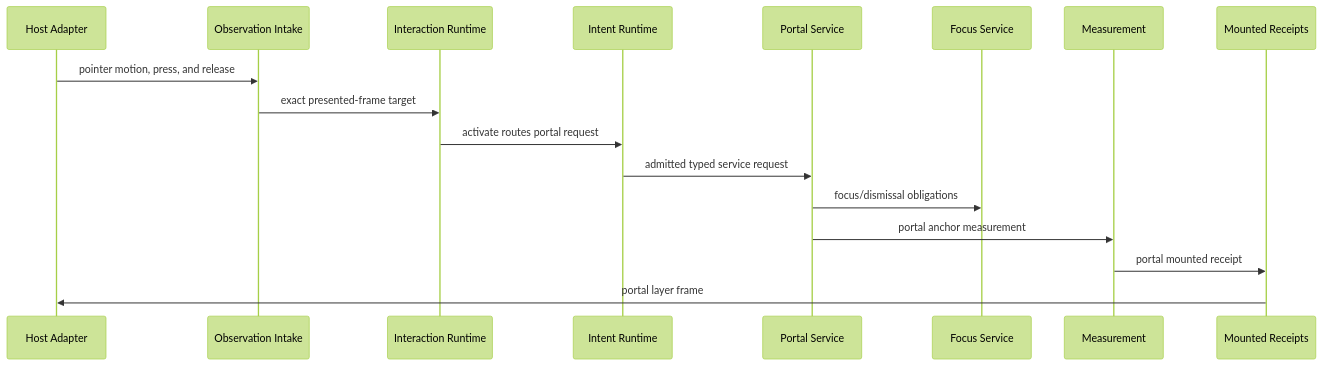
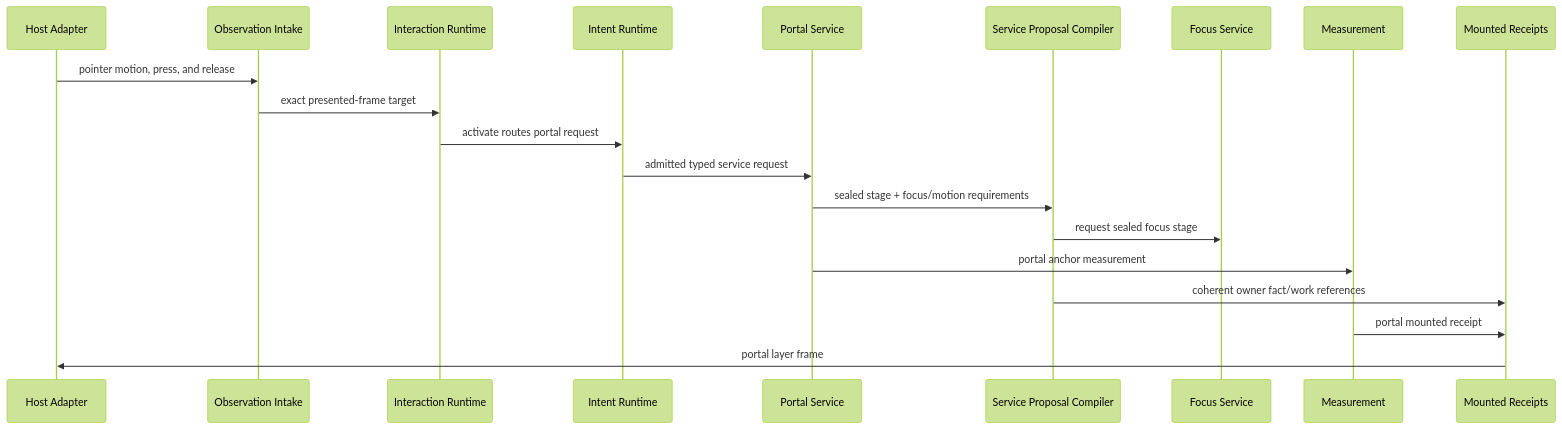
One commit to recnepspencer/forge changed the fifth of 6 diagrams in workspaces/worth-ui/docs/worth-ui-readme.md. Above: the diagram before and after it, drawn with Mermaid (forest theme). The commit also changed other lines of this file and 11 other files, not shown here.

````diff
--- a/workspaces/worth-ui/docs/worth-ui-readme.md
+++ b/workspaces/worth-ui/docs/worth-ui-readme.md
@@ -1816,20 +1843,23 @@
 ```mermaid
 sequenceDiagram
     participant Host as Host Adapter
     participant Obs as Observation Intake
     participant Interaction as Interaction Runtime
     participant Intent as Intent Runtime
     participant Portal as Portal Service
+    participant Proposal as Service Proposal Compiler
     participant Focus as Focus Service
     participant Measure as Measurement
     participant Mount as Mounted Receipts
 
     Host->>Obs: pointer motion, press, and release
     Obs->>Interaction: exact presented-frame target
     Interaction->>Intent: activate routes portal request
     Intent->>Portal: admitted typed service request
-    Portal->>Focus: focus/dismissal obligations
+    Portal->>Proposal: sealed stage + focus/motion requirements
+    Proposal->>Focus: request sealed focus stage
     Portal->>Measure: portal anchor measurement
+    Proposal->>Mount: coherent owner fact/work references
     Measure->>Mount: portal mounted receipt
     Mount->>Host: portal layer frame
 ```
````
